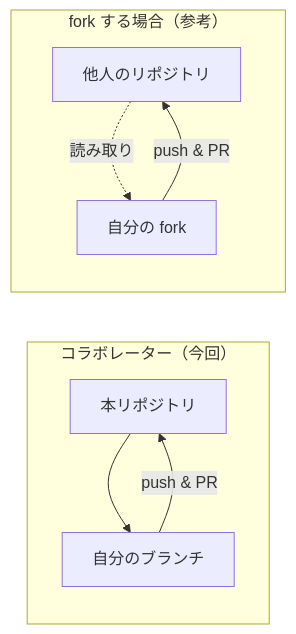
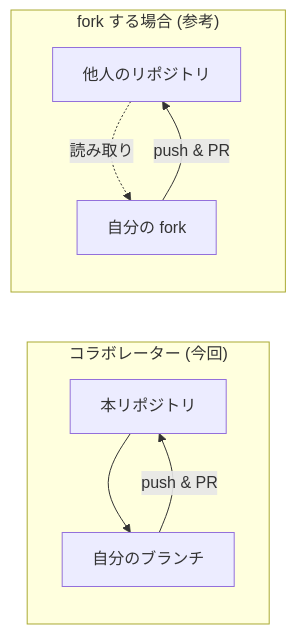
The diagram in docs/04_git_github.md (daihiko-lab/JuliaGitHubCursorIntro.jl), drawn with Mermaid before and after one commit. The commit also changed other lines of this file and 16 other files, not shown here.

````diff
--- a/docs/04_git_github.md
+++ b/docs/04_git_github.md
@@ -145,16 +145,16 @@
 ```mermaid
 flowchart LR
-  subgraph collab["コラボレーター（今回）"]
+  subgraph collab["コラボレーター (今回) "]
     R[本リポジトリ]
     B[自分のブランチ]
     R --> B
     B -->|push & PR| R
   end
 
-  subgraph forkflow["fork する場合（参考）"]
+  subgraph forkflow["fork する場合 (参考) "]
     U[他人のリポジトリ]
     F[自分の fork]
     U -.読み取り.-> F
     F -->|push & PR| U
   end
 ```
````
